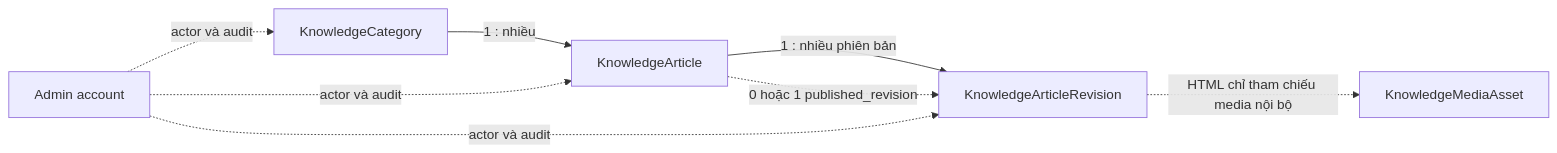
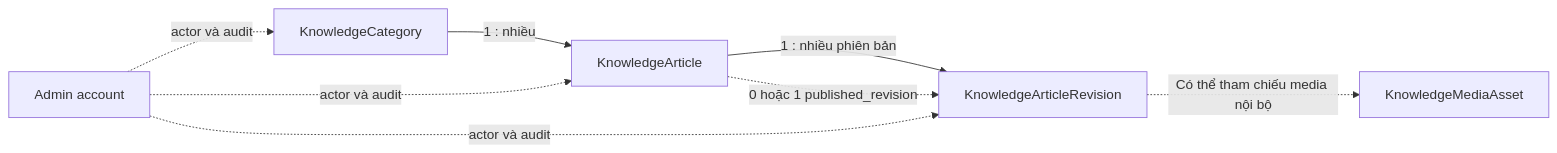
One commit to VanhauDAU/ai-recruitment-platform changed the diagram in docs/03-database/ke-hoach-faq-huong-dan.md. Above: the diagram before and after it, drawn with Mermaid. The commit also changed other lines of this file and 1339 other files, not shown here.

````diff
--- a/docs/03-database/ke-hoach-faq-huong-dan.md
+++ b/docs/03-database/ke-hoach-faq-huong-dan.md
@@ -273,10 +335,10 @@
 ```mermaid
 flowchart LR
     C["KnowledgeCategory"] -->|"1 : nhiều"| A["KnowledgeArticle"]
     A -->|"1 : nhiều phiên bản"| R["KnowledgeArticleRevision"]
     A -.->|"0 hoặc 1 published_revision"| R
-    R -.->|"HTML chỉ tham chiếu media nội bộ"| M["KnowledgeMediaAsset"]
+    R -.->|"Có thể tham chiếu media nội bộ"| M["KnowledgeMediaAsset"]
     U["Admin account"] -.->|"actor và audit"| C
     U -.->|"actor và audit"| A
     U -.->|"actor và audit"| R
 ```
````
